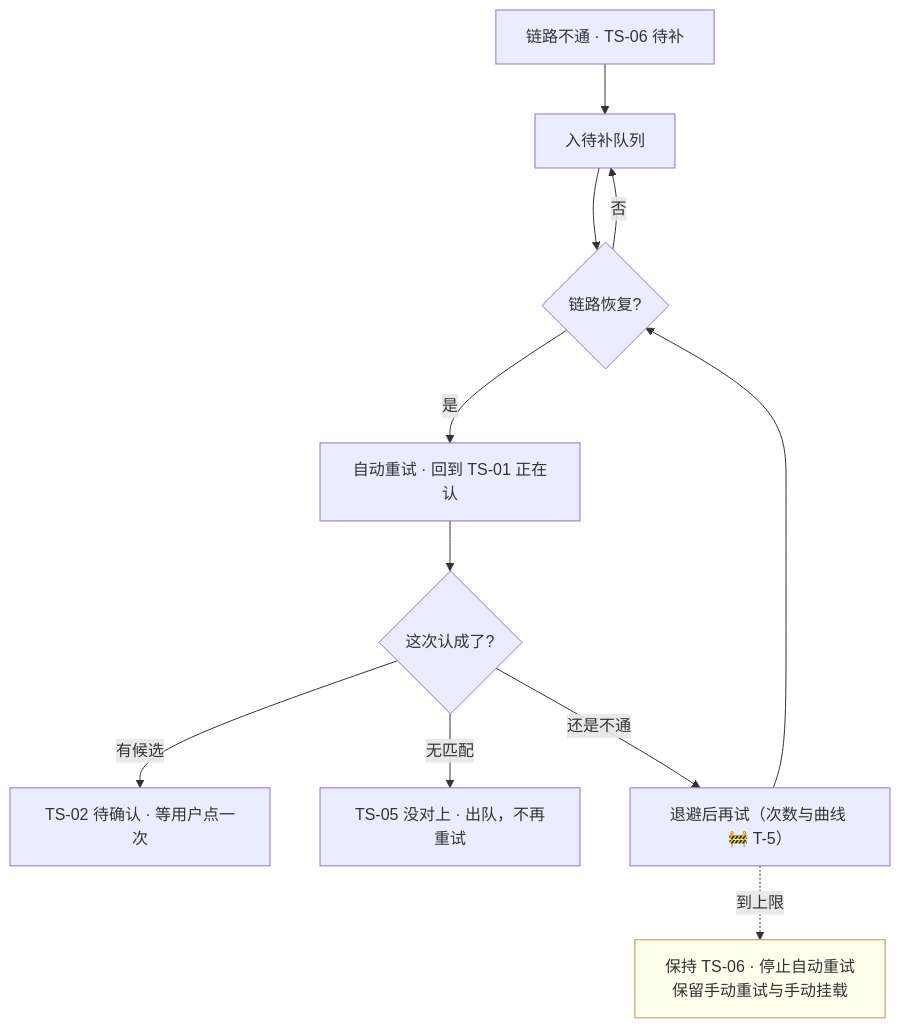
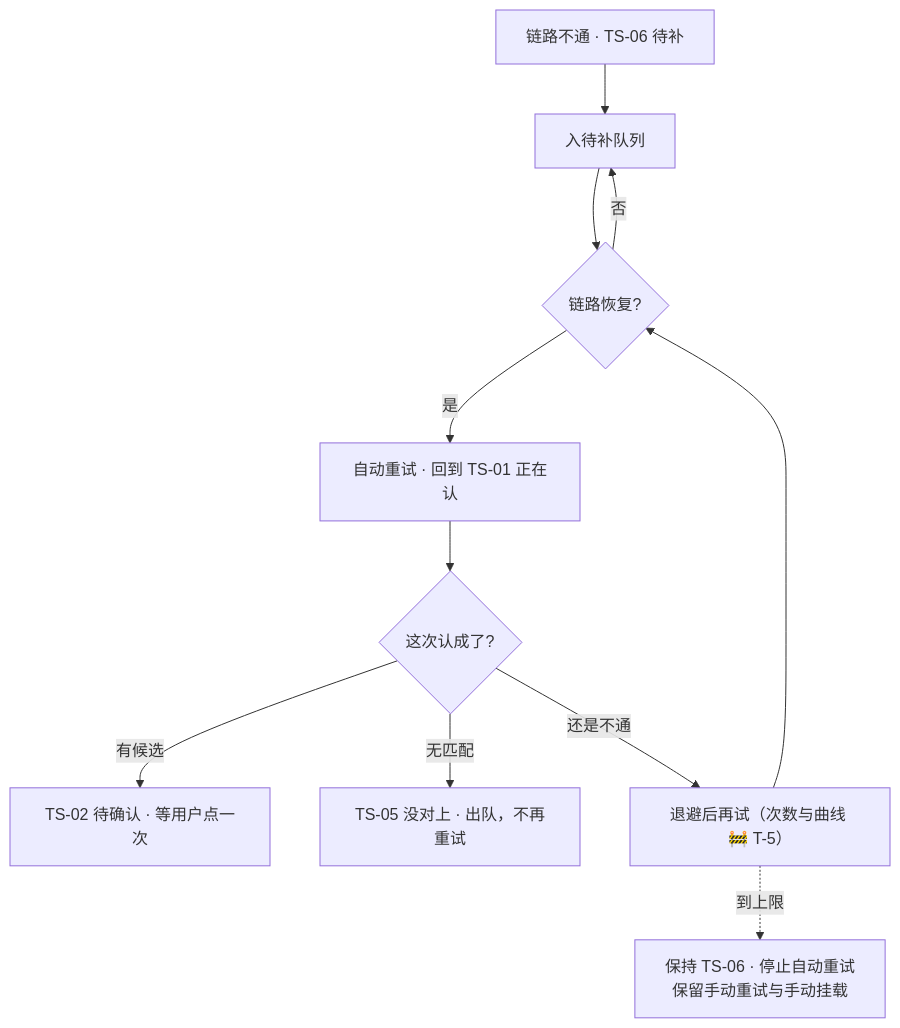
The first of 2 diagrams in docs/product/modules/M2-打标与未分类/U2.5-待补队列与重试.md (chenyuanjin/kubic), drawn with Mermaid before and after one commit. The commit also changed 14 other files, not shown here.

First line of the commit message:
KUBI-76 终审第一批:M0-G2 落败方补齐 + TS-08 转录纠错 + 搜索端点残留 + 流程图去色

````diff
--- a/docs/product/modules/M2-打标与未分类/U2.5-待补队列与重试.md
+++ b/docs/product/modules/M2-打标与未分类/U2.5-待补队列与重试.md
@@ -49,15 +49,14 @@
 ```mermaid
 flowchart TD
     F["链路不通 · TS-06 待补"] --> Q["入待补队列"]
     Q --> W{"链路恢复?"}
     W -->|否| Q
     W -->|是| R["自动重试 · 回到 TS-01 正在认"]
     R --> S{"这次认成了?"}
     S -->|有候选| OK["TS-02 待确认 · 等用户点一次"]
     S -->|无匹配| NM["TS-05 没对上 · 出队，不再重试"]
     S -->|还是不通| BK["退避后再试（次数与曲线 🚧 T-5）"]
     BK --> W
     BK -.到上限.-> STOP["保持 TS-06 · 停止自动重试<br/>保留手动重试与手动挂载"]
 
-    style STOP fill:#ffe,stroke:#a95
 ```
````
